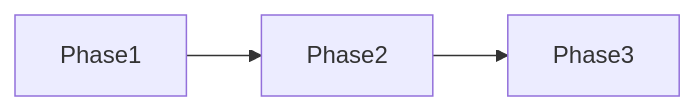
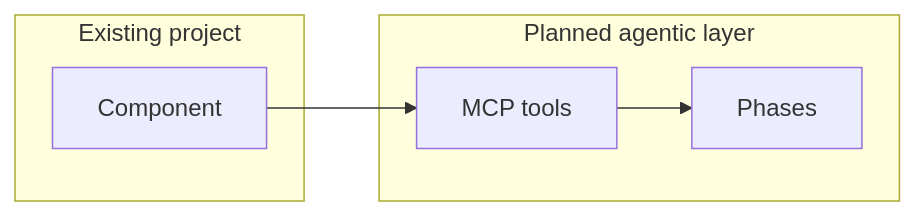
The diagram in templates/DESIGN_PROPOSAL.md (HelmholtzAI-Consultants-Munich/mcp-server-workshop), drawn with Mermaid before and after one commit. The commit also changed other lines of this file and 3 other files, not shown here.

First line of the commit message:
Clarify Track B as architecture planning for own or external projects.

````diff
--- a/templates/DESIGN_PROPOSAL.md
+++ b/templates/DESIGN_PROPOSAL.md
@@ -23,4 +48,12 @@
 ```mermaid
 flowchart LR
-  p1[Phase1] --> p2[Phase2] --> p3[Phase3]
+  subgraph existing [Existing project]
+    E1[Component]
+  end
+  subgraph agentic [Planned agentic layer]
+    A1[MCP tools]
+    A2[Phases]
+  end
+  E1 --> A1
+  A1 --> A2
 ```
````
